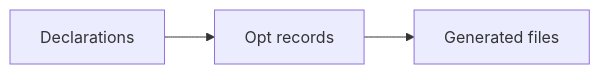
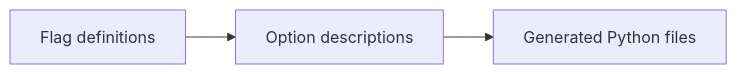
Before and after one commit to notatallshaw/nab: the diagram in src/nab/_cli/definition/README.md, drawn with Mermaid. The commit also changed other lines of this file and 16 other files, not shown here.

Commit message:
Explain CLI flow and shorten the option reference

````diff
--- a/src/nab/_cli/definition/README.md
+++ b/src/nab/_cli/definition/README.md
@@ -7,5 +12,5 @@
 ```mermaid
 flowchart LR
-    declarations[Declarations] --> records[Opt records]
-    records --> files[Generated files]
+    declarations[Flag definitions] --> records[Option descriptions]
+    records --> files[Generated Python files]
 ```
````
